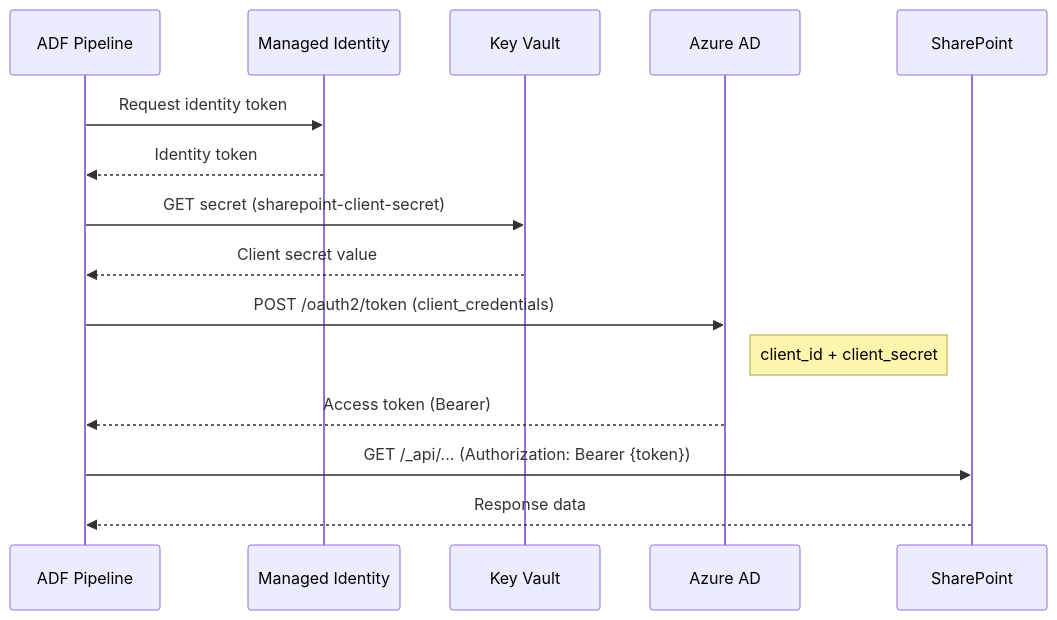
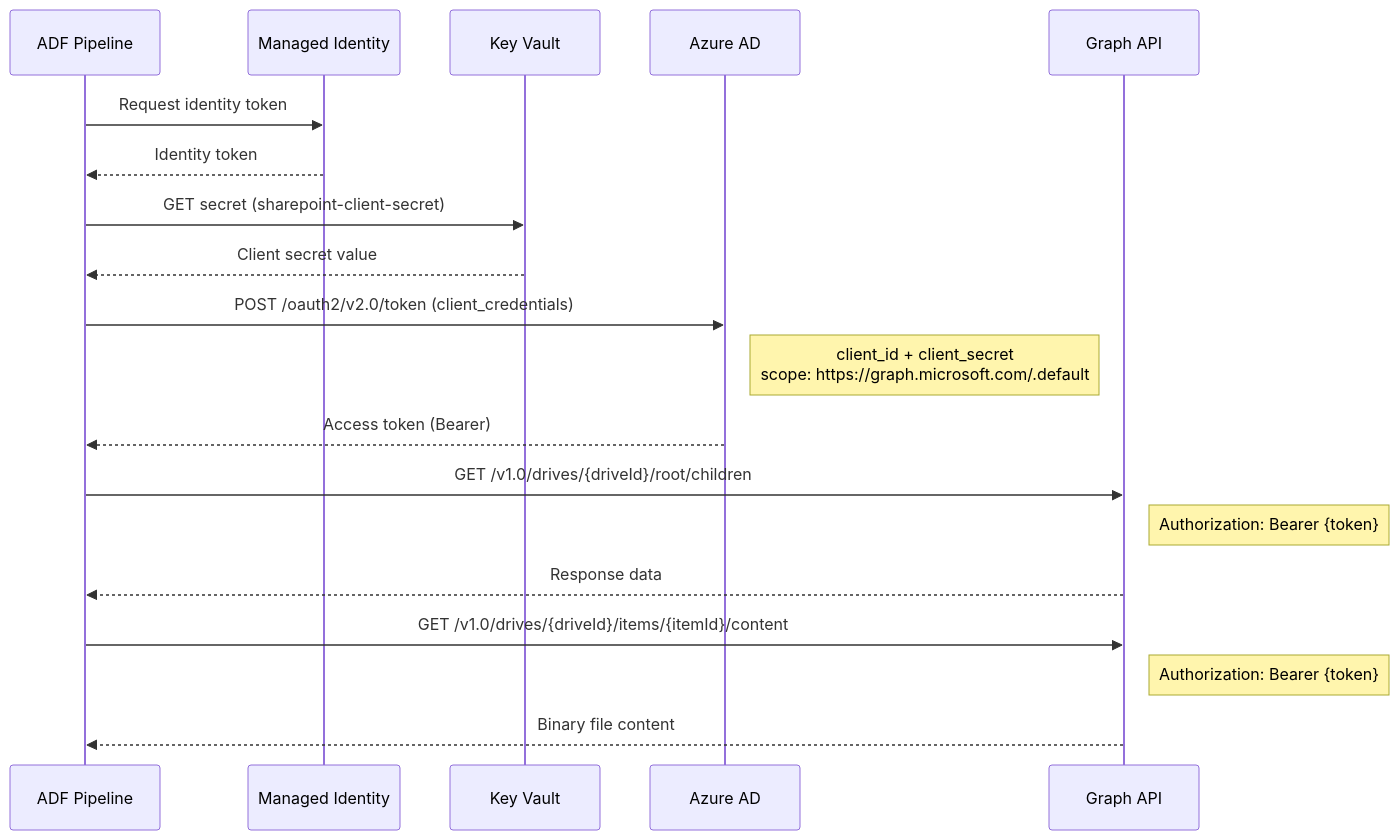
Before and after one commit to anurag251294/desktop-tutorial: the second of 4 diagrams in hydro-one-sharepoint-migration-poc/docs/pipeline-documentation.md, drawn with Mermaid. The commit also changed other lines of this file and 2 other files, not shown here.

````diff
--- a/hydro-one-sharepoint-migration-poc/docs/pipeline-documentation.md
+++ b/hydro-one-sharepoint-migration-poc/docs/pipeline-documentation.md
@@ -805,21 +966,26 @@
 ```mermaid
 sequenceDiagram
     participant ADF as ADF Pipeline
     participant MI as Managed Identity
     participant KV as Key Vault
     participant AAD as Azure AD
-    participant SPO as SharePoint
+    participant Graph as Graph API
 
     ADF->>MI: Request identity token
     MI-->>ADF: Identity token
 
     ADF->>KV: GET secret (sharepoint-client-secret)
     KV-->>ADF: Client secret value
 
-    ADF->>AAD: POST /oauth2/token (client_credentials)
-    Note right of AAD: client_id + client_secret
+    ADF->>AAD: POST /oauth2/v2.0/token (client_credentials)
+    Note right of AAD: client_id + client_secret<br/>scope: https://graph.microsoft.com/.default
     AAD-->>ADF: Access token (Bearer)
 
-    ADF->>SPO: GET /_api/... (Authorization: Bearer {token})
-    SPO-->>ADF: Response data
+    ADF->>Graph: GET /v1.0/drives/{driveId}/root/children
+    Note right of Graph: Authorization: Bearer {token}
+    Graph-->>ADF: Response data
+
+    ADF->>Graph: GET /v1.0/drives/{driveId}/items/{itemId}/content
+    Note right of Graph: Authorization: Bearer {token}
+    Graph-->>ADF: Binary file content
 ```
````
